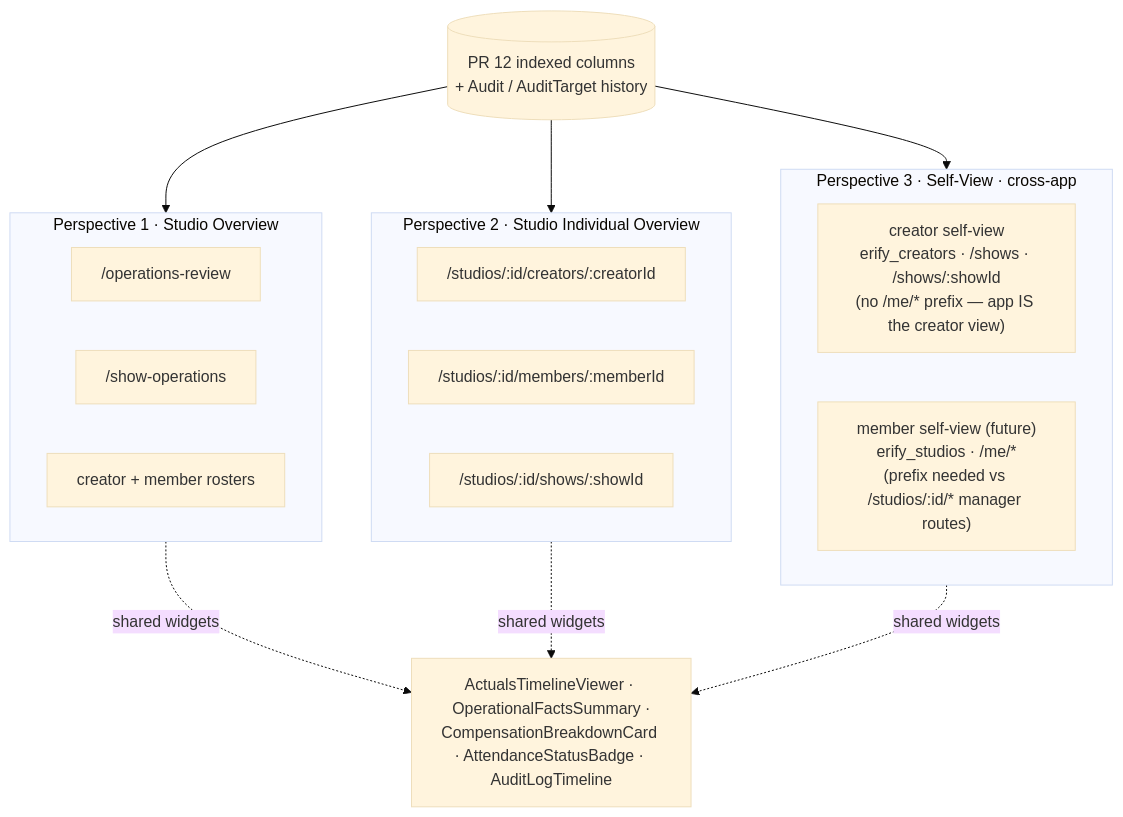
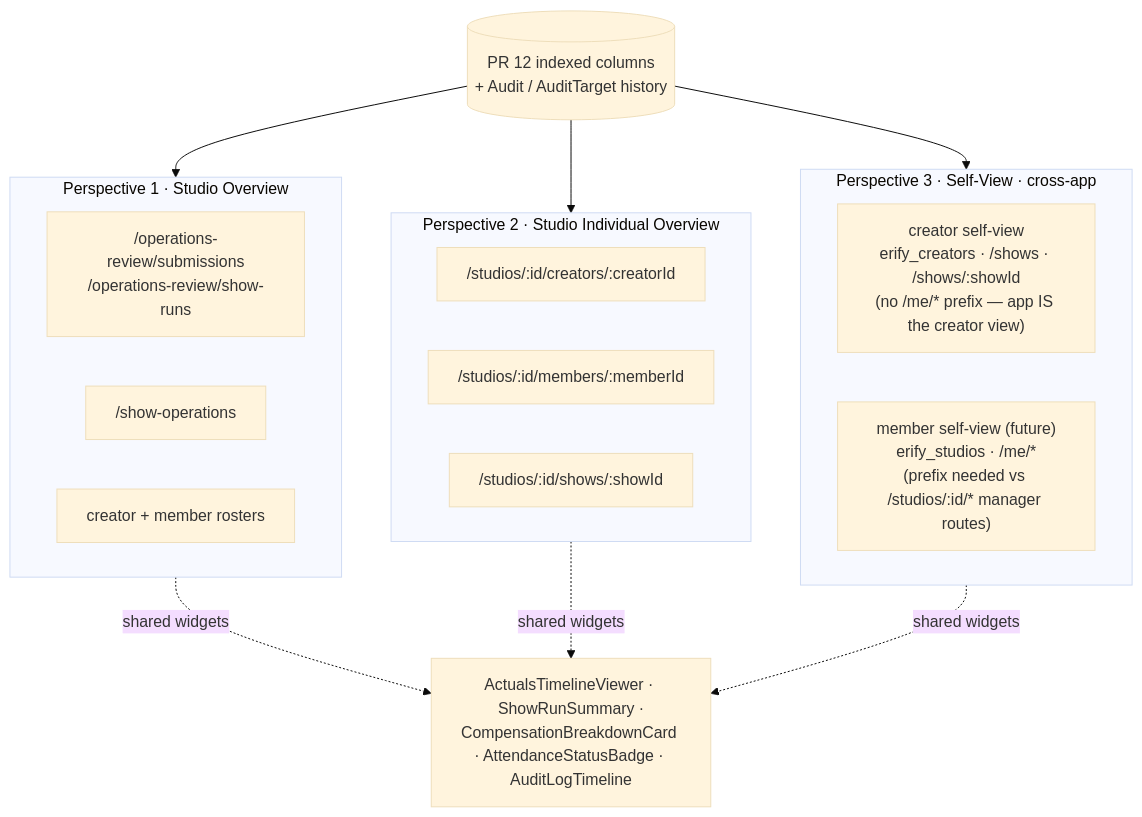
The diagram in docs/prd/task-fact-binding.md (allenlin90/eridu-services), drawn with Mermaid (base theme) before and after one commit. The commit also changed other lines of this file and 16 other files, not shown here.

Commit message:
refactor(studios): split operations review pages

````diff
--- a/docs/prd/task-fact-binding.md
+++ b/docs/prd/task-fact-binding.md
@@ -86,29 +86,29 @@
 ```mermaid
 flowchart TB
     DATA[(PR 12 indexed columns<br/>+ Audit / AuditTarget history)]
 
     subgraph P1[Perspective 1 · Studio Overview]
-        P1A["/operations-review"]
+        P1A["/operations-review/submissions<br/>/operations-review/show-runs"]
         P1B["/show-operations"]
         P1C["creator + member rosters"]
     end
 
     subgraph P2[Perspective 2 · Studio Individual Overview]
         P2A["/studios/:id/creators/:creatorId"]
         P2B["/studios/:id/members/:memberId"]
         P2C["/studios/:id/shows/:showId"]
     end
 
     subgraph P3[Perspective 3 · Self-View · cross-app]
         P3A["creator self-view<br/>erify_creators · /shows · /shows/:showId<br/>(no /me/* prefix — app IS the creator view)"]
         P3B["member self-view (future)<br/>erify_studios · /me/*<br/>(prefix needed vs /studios/:id/* manager routes)"]
     end
 
     DATA --> P1
     DATA --> P2
     DATA --> P3
 
-    P1 -. shared widgets .-> W[ActualsTimelineViewer · OperationalFactsSummary ·<br/>CompensationBreakdownCard · AttendanceStatusBadge · AuditLogTimeline]
+    P1 -. shared widgets .-> W[ActualsTimelineViewer · ShowRunSummary ·<br/>CompensationBreakdownCard · AttendanceStatusBadge · AuditLogTimeline]
     P2 -. shared widgets .-> W
     P3 -. shared widgets .-> W
 ```
````
